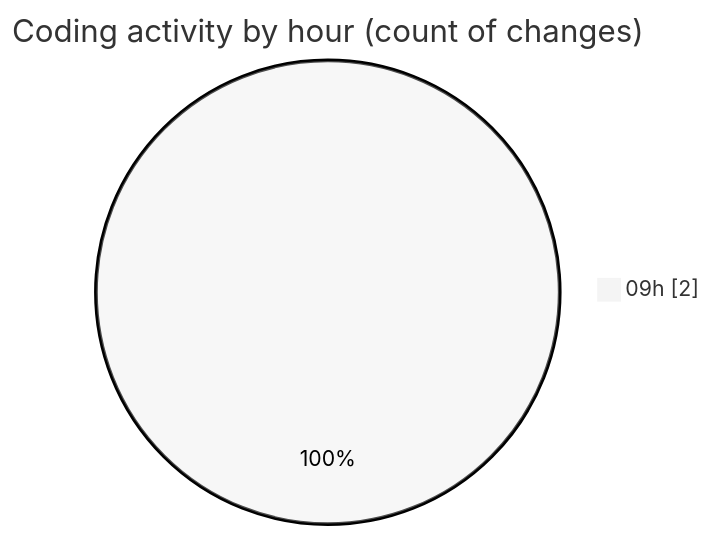
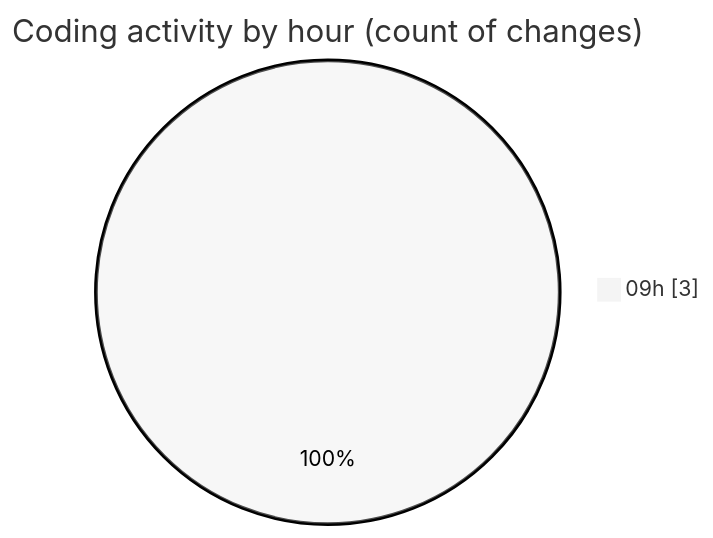
One commit to LanceThiago/code-tracking changed the second of 2 diagrams in 2025-02-19/web/README.md. Above: the diagram before and after it, drawn with Mermaid (neutral theme). The commit also changed other lines of this file and 1 other file, not shown here.

````diff
--- a/2025-02-19/web/README.md
+++ b/2025-02-19/web/README.md
@@ -28,5 +29,5 @@
 ```mermaid
 pie showData
 title Coding activity by hour (count of changes)
-"09h" : 2
+"09h" : 3
 ```
````
